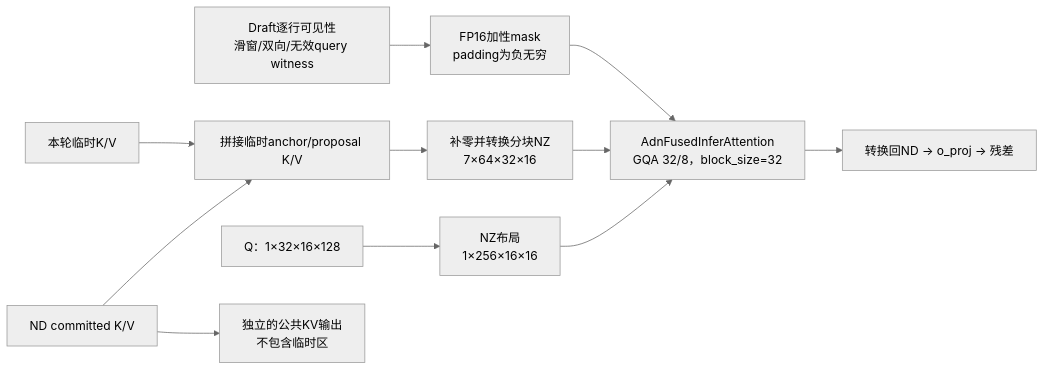
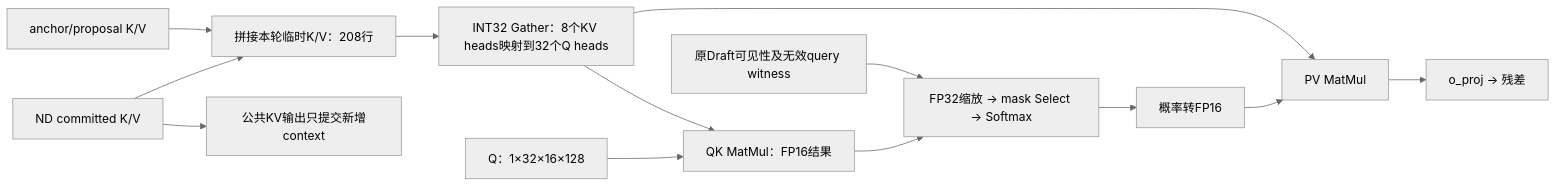
One commit to day8reak/qwen3.5-35B-dflash changed the third of 8 diagrams in docs/model-architecture.md. Above: the diagram before and after it, drawn with Mermaid (neutral theme). The commit also changed other lines of this file and 10 other files, not shown here.

````diff
--- a/docs/model-architecture.md
+++ b/docs/model-architecture.md
@@ -128,13 +128,15 @@
 ```mermaid
 flowchart LR
-    Q["Q：1×32×16×128"] --> QNZ["NZ布局<br/>1×256×16×16"]
-    Committed["ND committed K/V"] --> Cat["拼接临时anchor/proposal K/V"]
-    Temporary["本轮临时K/V"] --> Cat
-    Cat --> KVNZ["补零并转换分块NZ<br/>7×64×32×16"]
-    Mask["Draft逐行可见性<br/>滑窗/双向/无效query witness"] --> PadMask["FP16加性mask<br/>padding为负无穷"]
-    QNZ --> Fused["AdnFusedInferAttention<br/>GQA 32/8，block_size=32"]
-    KVNZ --> Fused
-    PadMask --> Fused
-    Fused --> ND["转换回ND → o_proj → 残差"]
-    Committed --> CacheOutput["独立的公共KV输出<br/>不包含临时区"]
+    Q["Q：1×32×16×128"] --> QK["QK MatMul：FP16结果"]
+    C["ND committed K/V"] --> Cat["拼接本轮临时K/V：208行"]
+    T["anchor/proposal K/V"] --> Cat
+    Cat --> G["INT32 Gather：8个KV heads映射到32个Q heads"]
+    G --> QK
+    QK --> S["FP32缩放 → mask Select → Softmax"]
+    M["原Draft可见性及无效query witness"] --> S
+    S --> P["概率转FP16"]
+    P --> PV["PV MatMul"]
+    G --> PV
+    PV --> O["o_proj → 残差"]
+    C --> Out["公共KV输出只提交新增context"]
 ```
````
